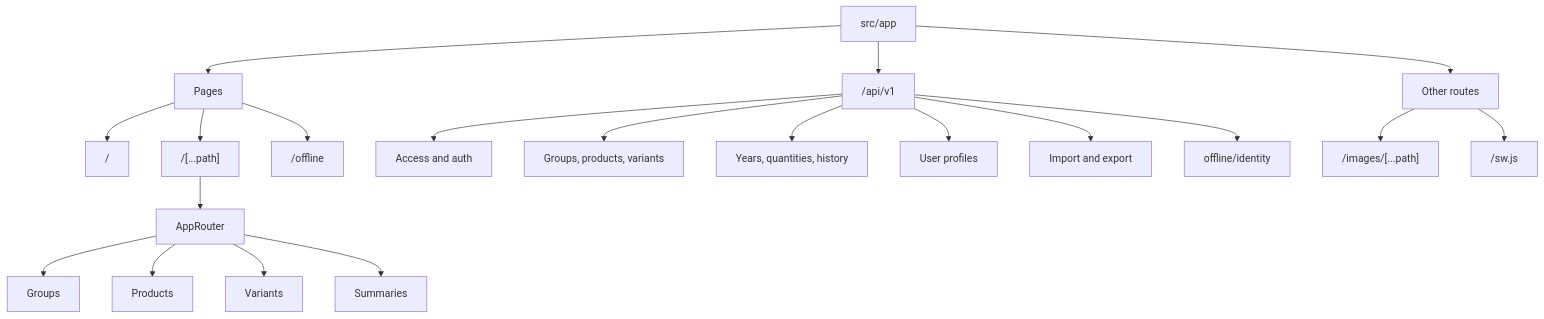
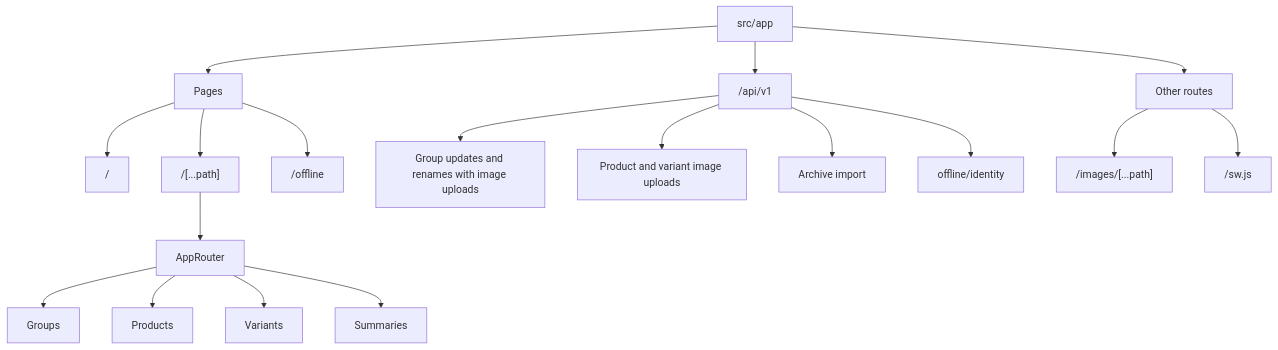
The third of 3 diagrams in docs/ARCHITECTURE.md (danikas2k2/rusys), drawn with Mermaid before and after one commit. The commit also changed other lines of this file and 385 other files, not shown here.

````diff
--- a/docs/ARCHITECTURE.md
+++ b/docs/ARCHITECTURE.md
@@ -100,22 +102,20 @@
 ```mermaid
 flowchart TB
     Root["src/app"] --> Pages[Pages]
     Root --> API["/api/v1"]
     Root --> Other[Other routes]
     Pages --> Home["/"]
     Pages --> CatchAll["/[...path]"]
     Pages --> Offline["/offline"]
     CatchAll --> Router[AppRouter]
     Router --> Groups[Groups]
     Router --> Products[Products]
     Router --> Variants[Variants]
     Router --> Summary[Summaries]
-    API --> Access[Access and auth]
-    API --> Catalog[Groups, products, variants]
-    API --> Amounts[Years, quantities, history]
-    API --> Profiles[User profiles]
-    API --> Archives[Import and export]
+    API --> GroupUploads[Group updates and renames with image uploads]
+    API --> ProductUploads[Product and variant image uploads]
+    API --> Archives[Archive import]
     API --> Identity["offline/identity"]
     Other --> ImageRoute["/images/[...path]"]
     Other --> Worker["/sw.js"]
 ```
````
